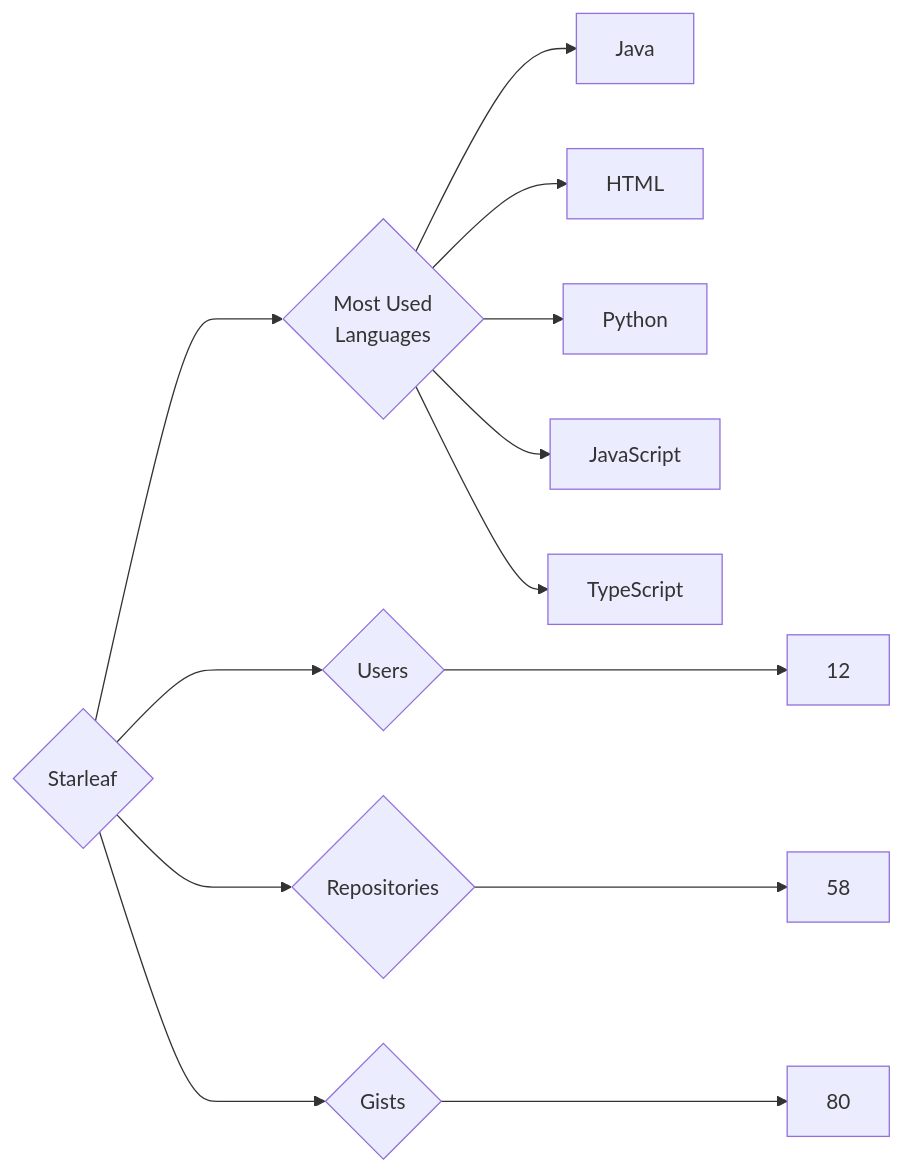
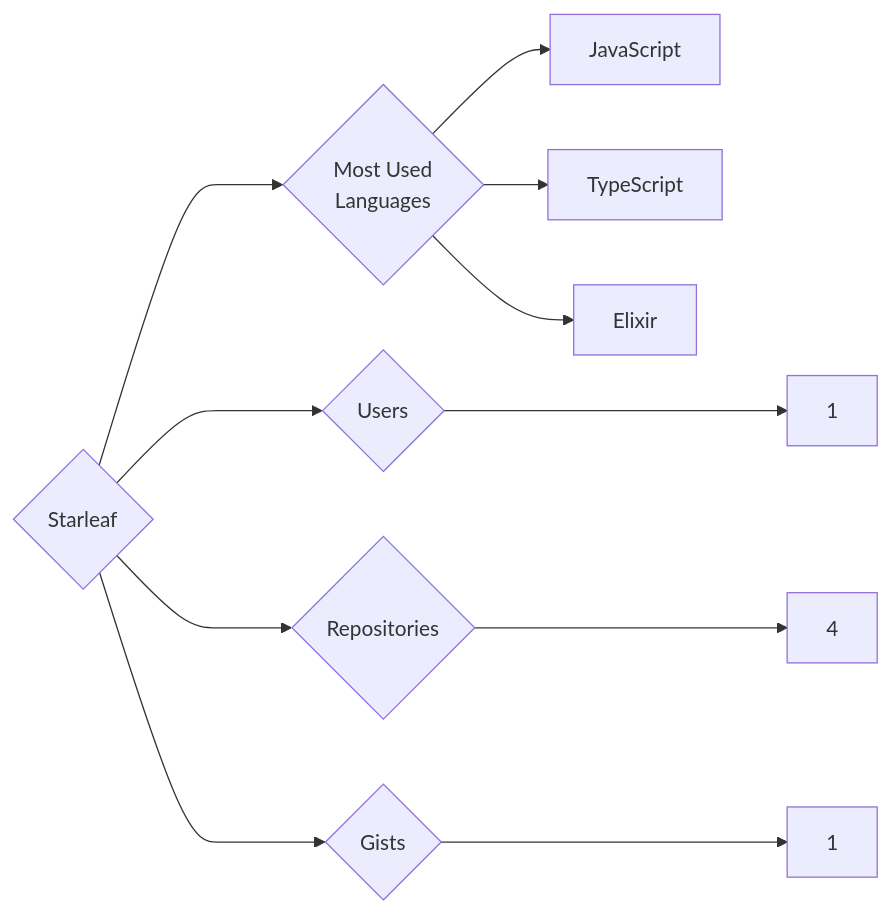
One commit to trickest/insiders changed the diagram in targets/Starleaf/README.md. Above: the diagram before and after it, drawn with Mermaid. The commit also changed 851 other files, not shown here.

````diff
--- a/targets/Starleaf/README.md
+++ b/targets/Starleaf/README.md
@@ -3,13 +3,11 @@
 ```mermaid
 graph LR
 COMPANY_NAME{Starleaf}
-COMPANY_NAME ---> U{Users} ---> UN[12]
-COMPANY_NAME ---> R{Repositories} ---> RN[58]
-COMPANY_NAME ---> G{Gists} ---> GN[80]
+COMPANY_NAME ---> U{Users} ---> UN[1]
+COMPANY_NAME ---> R{Repositories} ---> RN[4]
+COMPANY_NAME ---> G{Gists} ---> GN[1]
 COMPANY_NAME ---> ML{Most Used<br>Languages}
-ML --> Java[Java]
-ML --> HTML[HTML]
-ML --> Python[Python]
 ML --> JavaScript[JavaScript]
 ML --> TypeScript[TypeScript]
+ML --> Elixir[Elixir]
 ```
````
